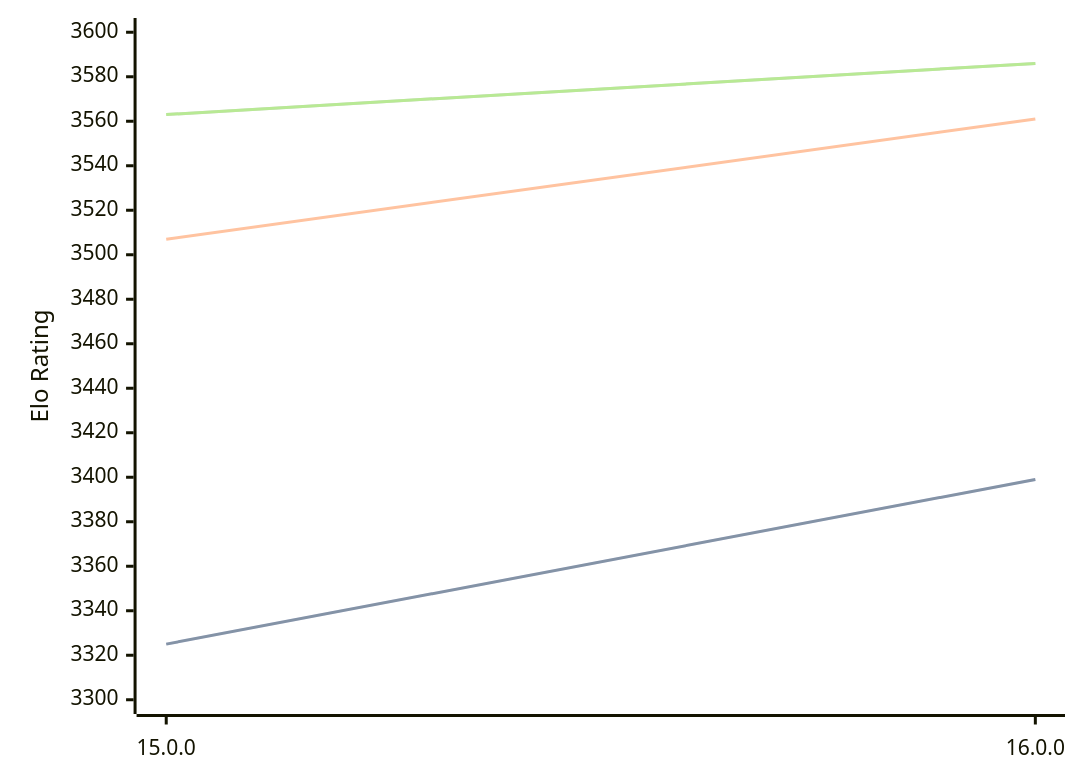
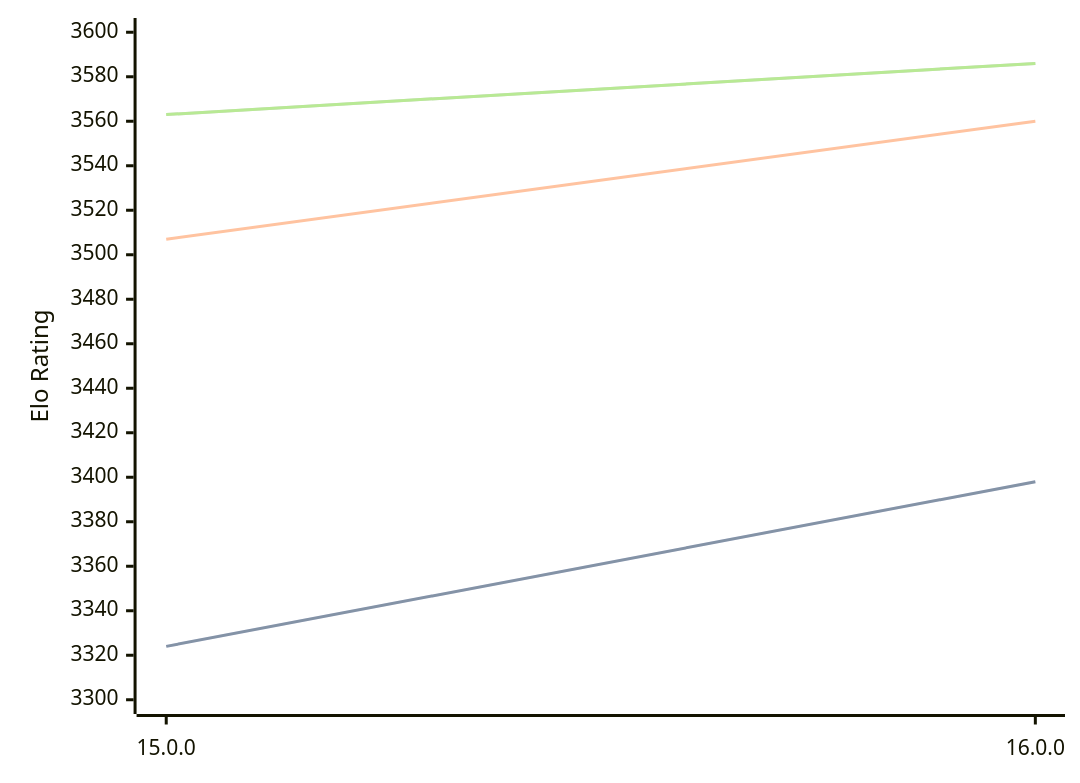
One commit to computer-chess-index/cci changed the diagram in engines/Halogen.md. Above: the diagram before and after it, drawn with Mermaid. The commit also changed other lines of this file, not shown here.

Commit message:
Update CCI Ratings (ELO VLTC) - 2026-04-21

````diff
--- a/engines/Halogen.md
+++ b/engines/Halogen.md
@@ -50,11 +50,11 @@
 ```mermaid
 %%{init: {"theme":"base","themeVariables":{"seriesColors:['#a3a3a3','#222221','#faa371']}}}%%
 xychart-beta
   x-axis ["15.0.0", "16.0.0"]
   y-axis "Elo Rating" 3300 --> 3600
-  line "STC (8.0+0.08s)" [3325, 3399]
-  line "STC (8.0+0.08s)" [3325, 3399]
-  line "LTC (60.0+0.60s)" [3507, 3561]
+  line "STC (8.0+0.08s)" [3324, 3398]
+  line "STC (8.0+0.08s)" [3324, 3398]
+  line "LTC (60.0+0.60s)" [3507, 3560]
   line "VLTC (2m24s+1.12s)" [3563, 3586]
   line "VLTC (2m24s+1.12s)" [3563, 3586]
 ```
````
